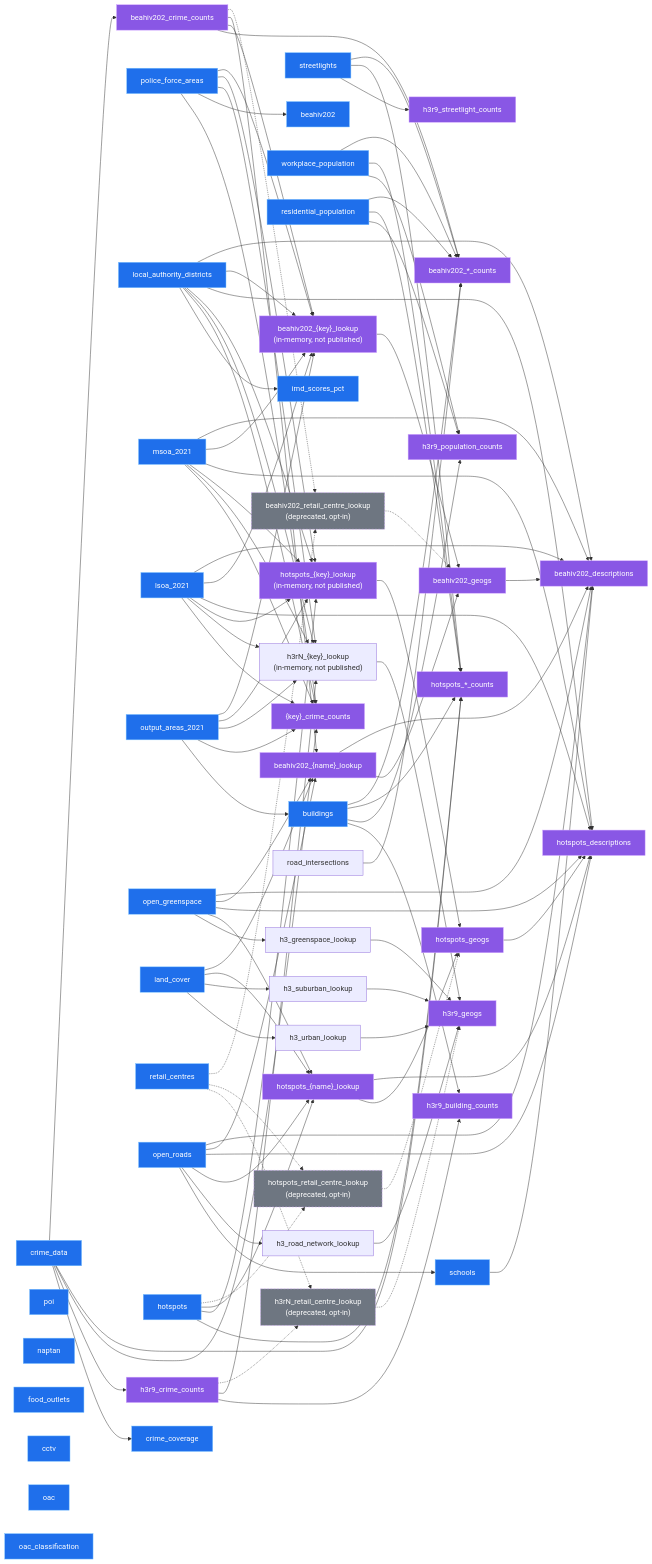
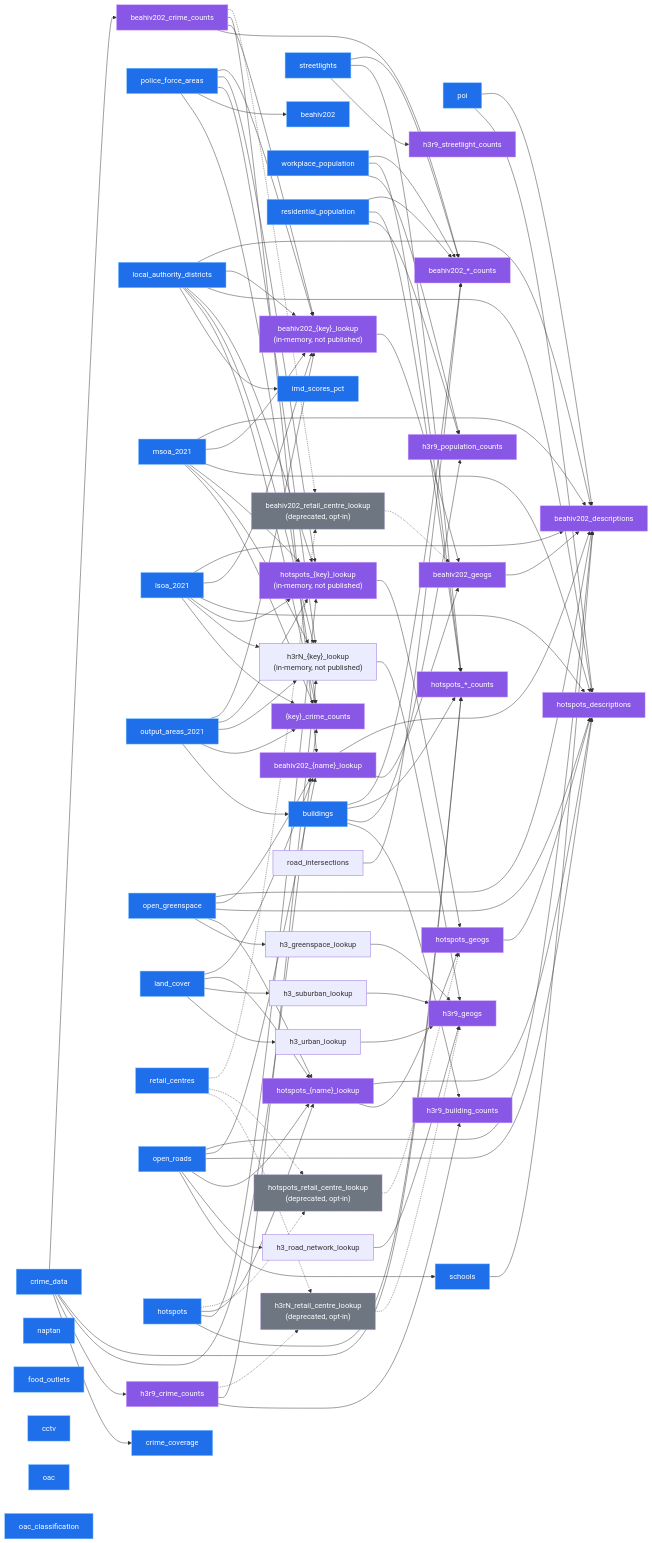
Before and after one commit to safer-streets/safer-streets-tooling: the diagram in README.md, drawn with Mermaid. The commit also changed other lines of this file and 6 other files, not shown here.

```diff
--- a/README.md
+++ b/README.md
@@ -211,6 +213,7 @@
     hotspot_lookups --> hotspots_descriptions
     open_roads --> hotspots_descriptions
     open_greenspace --> hotspots_descriptions
+    poi --> hotspots_descriptions
     local_authority_districts --> hotspots_descriptions
     msoa_2021 --> hotspots_descriptions
     lsoa_2021 --> hotspots_descriptions
@@ -242,6 +245,7 @@
     beahiv_lookups --> beahiv202_descriptions
     open_roads --> beahiv202_descriptions
     open_greenspace --> beahiv202_descriptions
+    poi --> beahiv202_descriptions
     schools --> beahiv202_descriptions
     local_authority_districts --> beahiv202_descriptions
     msoa_2021 --> beahiv202_descriptions
```
